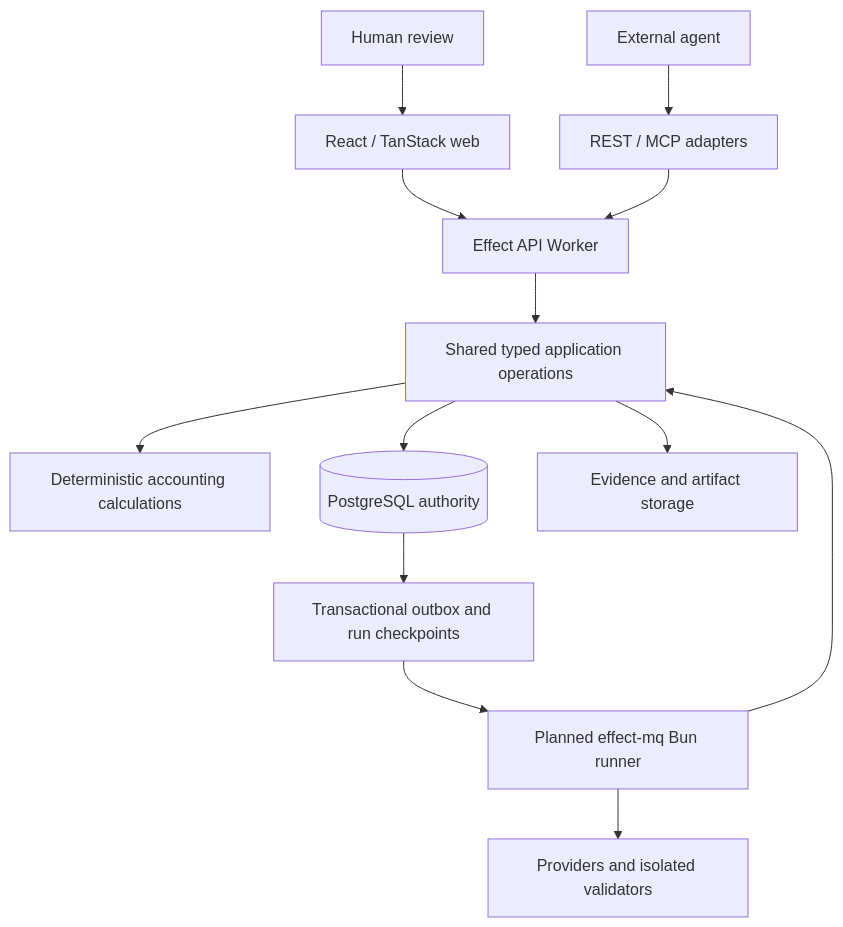
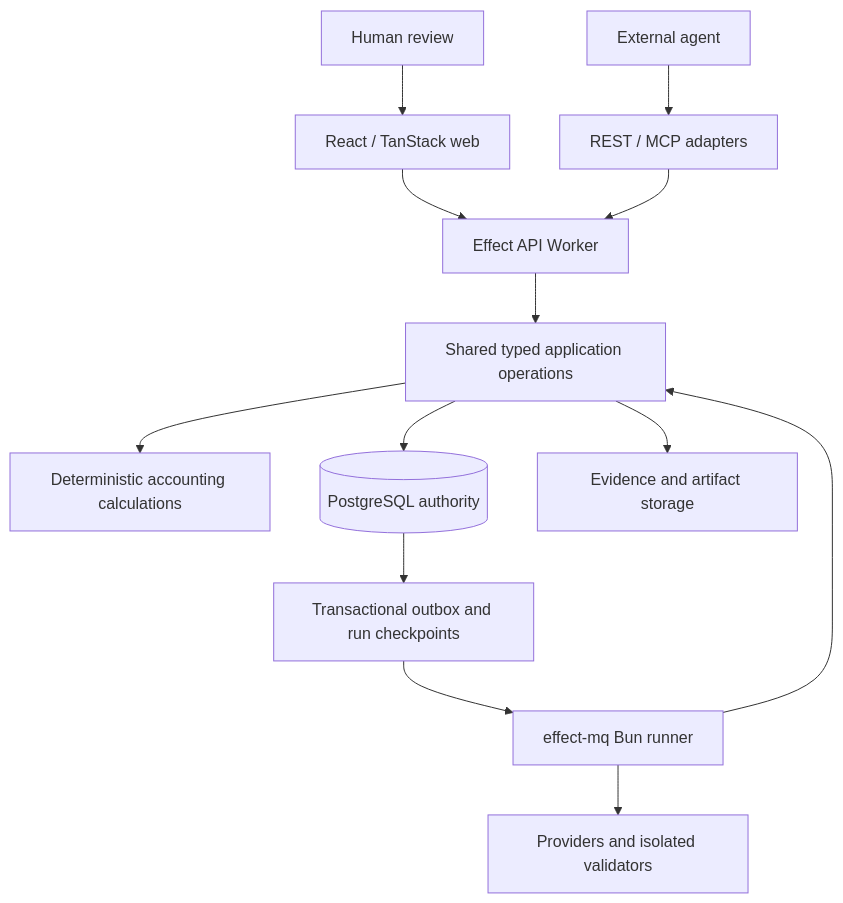
One commit to erik-kroon/drastic changed the diagram in docs/architecture.md. Above: the diagram before and after it, drawn with Mermaid. The commit also changed other lines of this file and 35 other files, not shown here.

````diff
--- a/docs/architecture.md
+++ b/docs/architecture.md
@@ -26,15 +26,15 @@
 ```mermaid
 flowchart TD
     Human[Human review] --> Web[React / TanStack web]
     Web --> API[Effect API Worker]
     Agent[External agent] --> Transports[REST / MCP adapters]
     Transports --> API
     API --> Operations[Shared typed application operations]
     Operations --> Domain[Deterministic accounting calculations]
     Operations --> PG[(PostgreSQL authority)]
     Operations --> Objects[Evidence and artifact storage]
     PG --> Outbox[Transactional outbox and run checkpoints]
-    Outbox --> Jobs[Planned effect-mq Bun runner]
+    Outbox --> Jobs[effect-mq Bun runner]
     Jobs --> Operations
     Jobs --> Providers[Providers and isolated validators]
 ```
````
